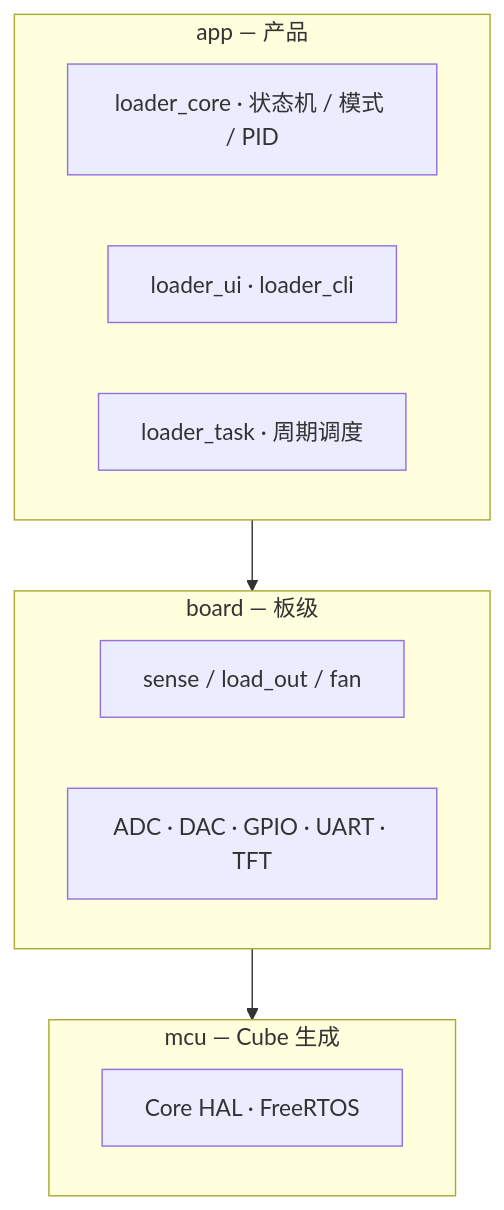
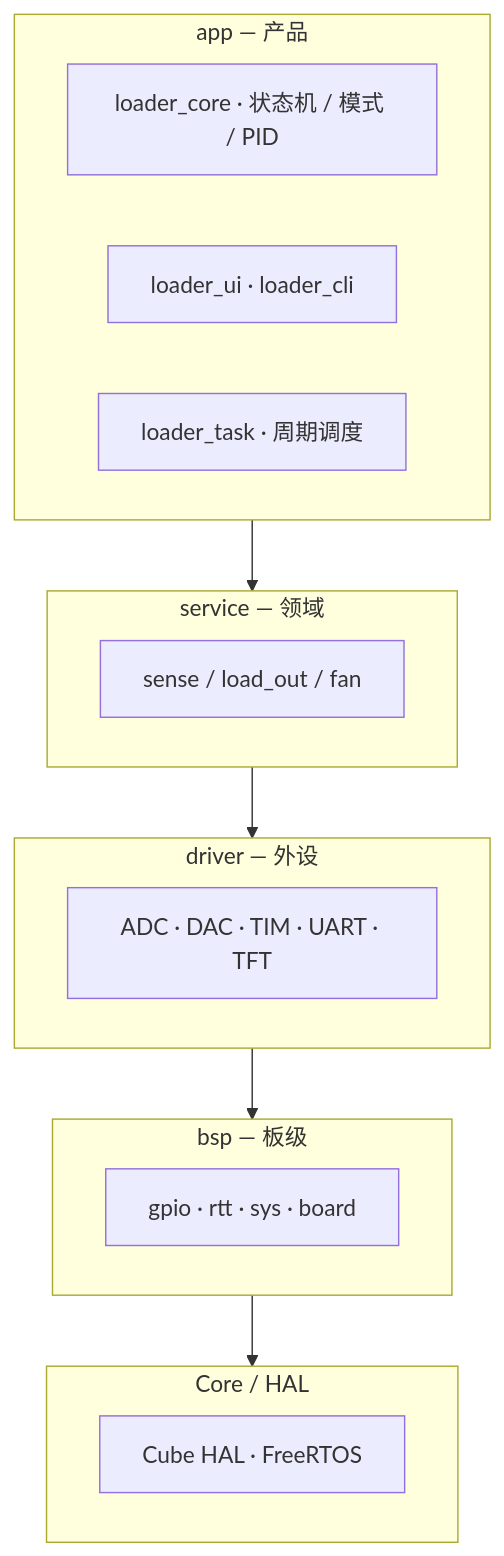
The second of 11 diagrams in README.md (4ImL3sSb0T/BaseFramework), drawn with Mermaid before and after one commit. The commit also changed other lines of this file and 66 other files, not shown here.

````diff
--- a/README.md
+++ b/README.md
@@ -55,19 +59,26 @@
 ```mermaid
 flowchart TB
   subgraph APP[app — 产品]
     L1[loader_core · 状态机 / 模式 / PID]
     L2[loader_ui · loader_cli]
     L3[loader_task · 周期调度]
   end
 
-  subgraph BOARD[board — 板级]
+  subgraph SVC[service — 领域]
     B1[sense / load_out / fan]
-    B2[ADC · DAC · GPIO · UART · TFT]
   end
 
-  subgraph MCU[mcu — Cube 生成]
-    M1[Core HAL · FreeRTOS]
+  subgraph DRV[driver — 外设]
+    B2[ADC · DAC · TIM · UART · TFT]
   end
 
-  APP --> BOARD --> MCU
+  subgraph BSP[bsp — 板级]
+    B3[gpio · rtt · sys · board]
+  end
+
+  subgraph MCU[Core / HAL]
+    M1[Cube HAL · FreeRTOS]
+  end
+
+  APP --> SVC --> DRV --> BSP --> MCU
 ```
````
